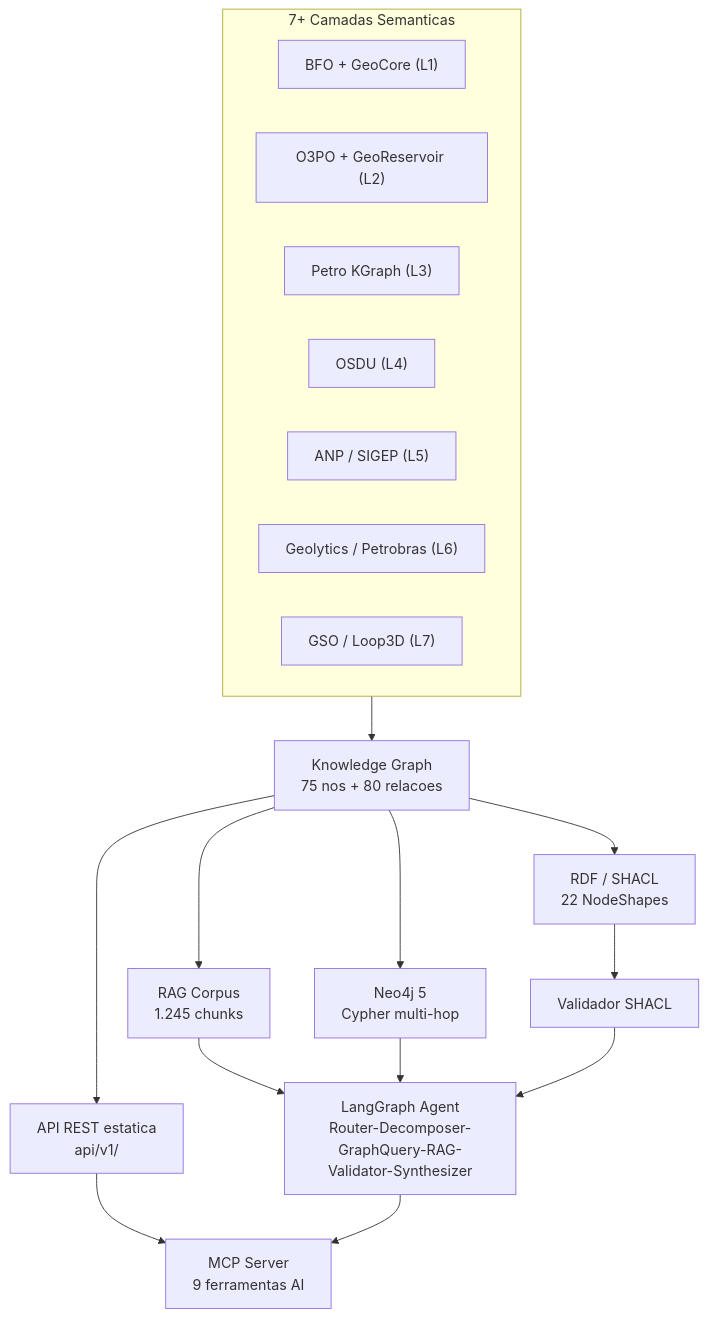
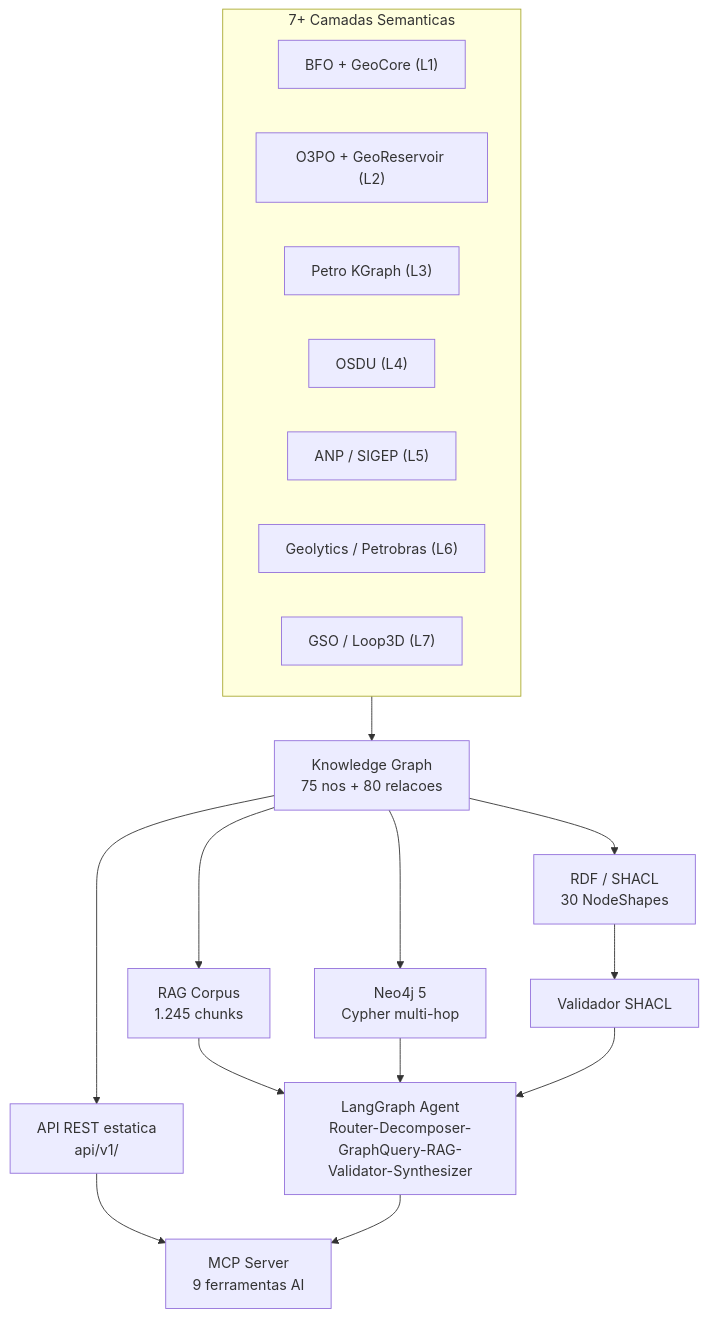
The diagram in README.md (thiagoflc/geolytics-dictionary), drawn with Mermaid before and after one commit. The commit also changed other lines of this file and 51 other files, not shown here.

````diff
--- a/README.md
+++ b/README.md
@@ -15,26 +15,26 @@
 ```mermaid
 graph TD
     subgraph Fontes["7+ Camadas Semanticas"]
         L1["BFO + GeoCore (L1)"]
         L2["O3PO + GeoReservoir (L2)"]
         L3["Petro KGraph (L3)"]
         L4["OSDU (L4)"]
         L5["ANP / SIGEP (L5)"]
         L6["Geolytics / Petrobras (L6)"]
         L7["GSO / Loop3D (L7)"]
     end
 
     Fontes --> KG["Knowledge Graph<br/>75 nos + 80 relacoes"]
 
     KG --> API["API REST estatica<br/>api/v1/"]
     KG --> RAG["RAG Corpus<br/>1.245 chunks"]
     KG --> NEO["Neo4j 5<br/>Cypher multi-hop"]
-    KG --> TTL["RDF / SHACL<br/>22 NodeShapes"]
+    KG --> TTL["RDF / SHACL<br/>30 NodeShapes"]
 
     API --> MCP["MCP Server<br/>9 ferramentas AI"]
     RAG --> AGENT["LangGraph Agent<br/>Router-Decomposer-GraphQuery-RAG-Validator-Synthesizer"]
     NEO --> AGENT
     TTL --> SHACL["Validador SHACL"]
     SHACL --> AGENT
     AGENT --> MCP
 ```
````
